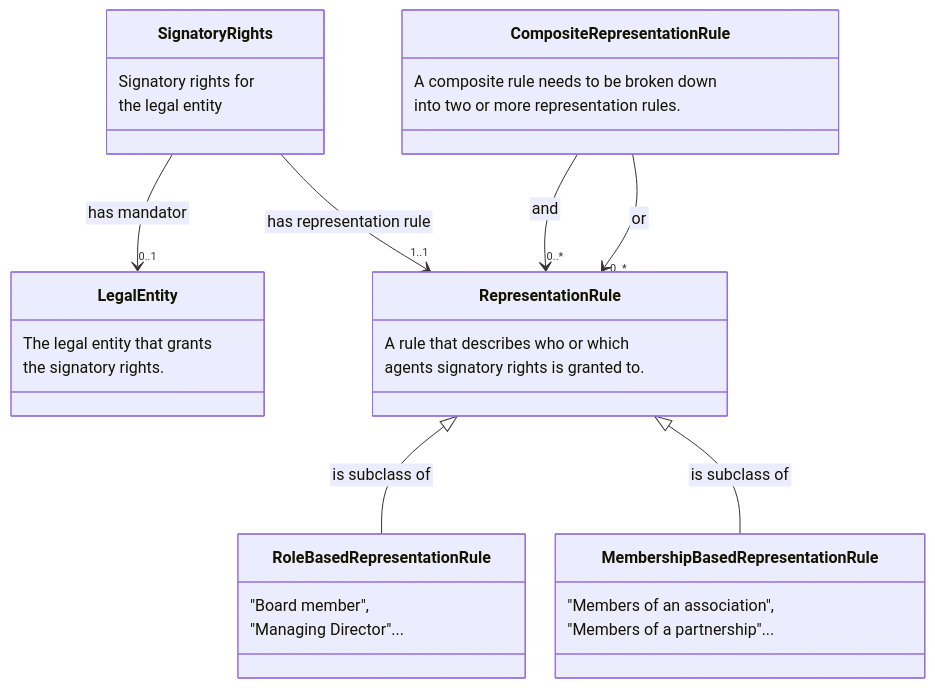
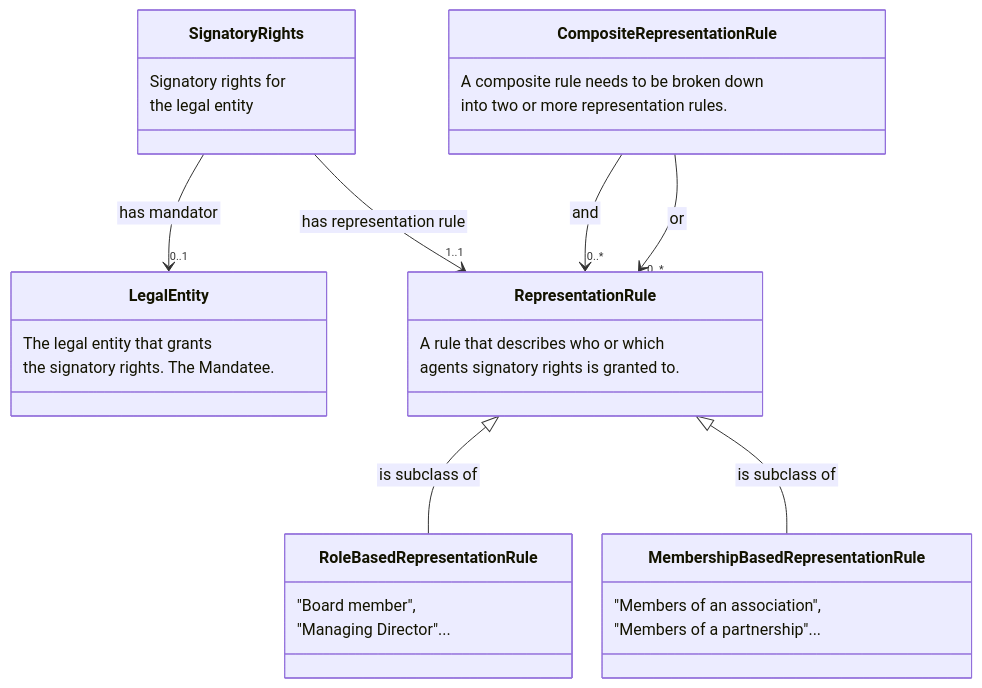
The first of 2 diagrams in README.md (nordicsmartgovernment/Nordic-Signatory-Rights-Model), drawn with Mermaid before and after one commit.

````diff
--- a/README.md
+++ b/README.md
@@ -31,43 +31,43 @@
 ```mermaid
  %%{init:{'flowchart':{'nodeSpacing': 30, 'rankSpacing': 95, 'htmlLabels': false}}}%%
     classDiagram
         Representation Rule <|-- Role Based Representation Rule : is subclass of
         Representation Rule <|-- Membership Based Representation Rule : is subclass of
 
         class Signatory Rights {
             Signatory rights for
             the legal entity
         }
 
         Signatory Rights --> "0..1" Legal Entity : has mandator
         Signatory Rights --> "1..1" Representation Rule : has representation rule
 
         class Legal Entity {
            The legal entity that grants
-           the signatory rights.
+           the signatory rights. The Mandatee.
         }
 
         class Representation Rule {
            A rule that describes who or which
            agents signatory rights is granted to.
         }
 
         class Role Based Representation Rule {
            "Board member",
            "Managing Director"...
         }
 
         class Membership Based Representation Rule {
            "Members of an association",
            "Members of a partnership"...
         }
 
         class Composite Representation Rule {
            A composite rule needs to be broken down
            into two or more representation rules.
         }
 
         Composite Representation Rule --> "0..*" Representation Rule : and
         Composite Representation Rule --> "0..*" Representation Rule : or
 
 ```
````
